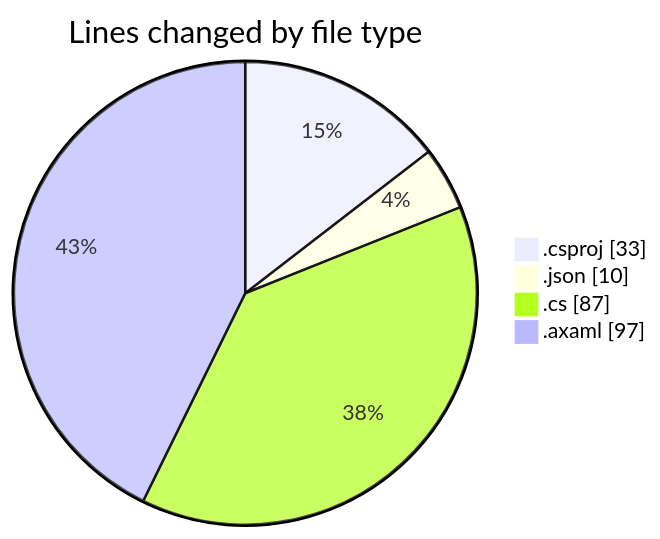
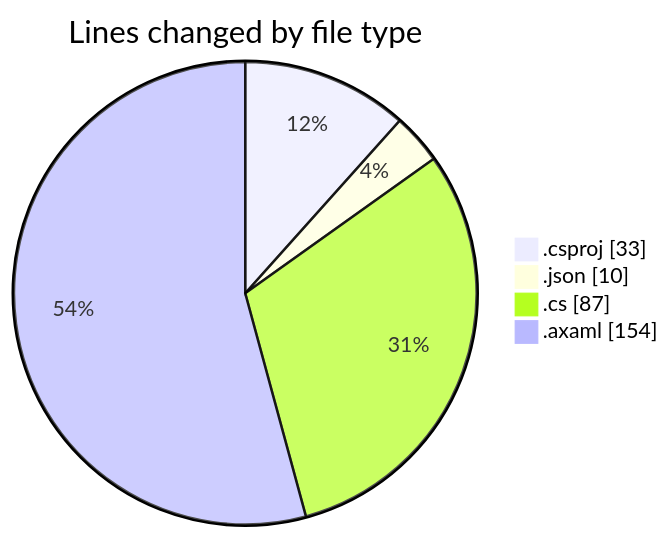
The first of 2 diagrams in 2025-10-13/skintrack/README.md (Netris89/code-tracking), drawn with Mermaid before and after one commit. The commit also changed other lines of this file and 1 other file, not shown here.

````diff
--- a/2025-10-13/skintrack/README.md
+++ b/2025-10-13/skintrack/README.md
@@ -24,8 +26,8 @@
 ```mermaid
 pie showData
 title Lines changed by file type
 ".csproj" : 33
 ".json" : 10
 ".cs" : 87
-".axaml" : 97
+".axaml" : 154
 ```
````
